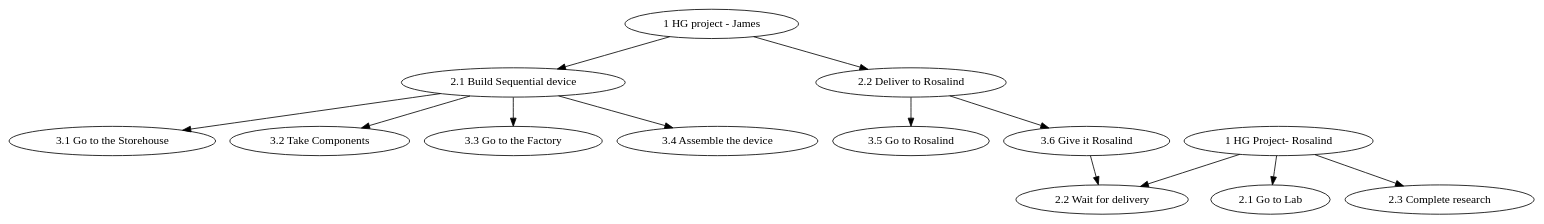
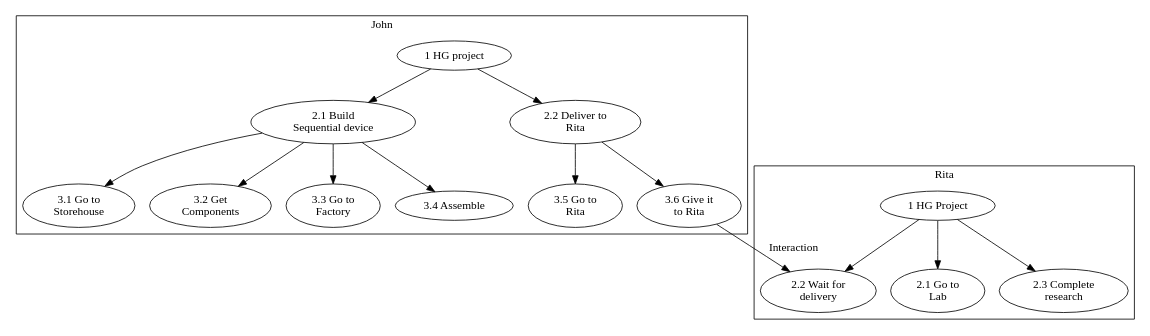
The diagram in src/articles/gameplay.md (Eliah-Lakhin/lufo-website), drawn with Graphviz before and after one commit. The commit also changed other lines of this file and 8 other files, not shown here.

````diff
--- a/src/articles/gameplay.md
+++ b/src/articles/gameplay.md
@@ -31,33 +40,42 @@
 ```dot
-digraph JamesRosalind {
-  J1[label="1 HG project - James"];
-  J21[label="2.1 Build Sequential device"];
-  J22[label="2.2 Deliver to Rosalind"];
-  J31[label="3.1 Go to the Storehouse"];
-  J32[label="3.2 Take Components"];
-  J33[label="3.3 Go to the Factory"];
-  J34[label="3.4 Assemble the device"];
-  J35[label="3.5 Go to Rosalind"];
-  J36[label="3.6 Give it Rosalind"];
+digraph MaryPierre {
+
+  subgraph clusterJohn {
+    label="John"
+
+    J1[label="1 HG project"];
+    J21[label="2.1 Build\nSequential device"];
+    J22[label="2.2 Deliver to\nRita"];
+    J31[label="3.1 Go to\nStorehouse"];
+    J32[label="3.2 Get\nComponents"];
+    J33[label="3.3 Go to\nFactory"];
+    J34[label="3.4 Assemble"];
+    J35[label="3.5 Go to\nRita"];
+    J36[label="3.6 Give it\nto Rita"];
+  }
 
   J1 -> J21;
   J1 -> J22;
   J21 -> J31;
   J21 -> J32;
   J21 -> J33;
   J21 -> J34;
   J22 -> J35;
   J22 -> J36;
 
-  R1[label="1 HG Project- Rosalind"];
-  R21[label="2.1 Go to Lab"];
-  R22[label="2.2 Wait for delivery"];
-  R23[label="2.3 Complete research"];
+  subgraph clusterRita {
+    label="Rita"
+
+    R1[label="1 HG Project"];
+    R21[label="2.1 Go to\nLab"];
+    R22[label="2.2 Wait for\ndelivery"];
+    R23[label="2.3 Complete\nresearch"];
+  }
 
   R1 -> R21;
   R1 -> R22;
   R1 -> R23;
 
-  J36 -> R22;
+  J36 -> R22[label="Interaction"];
 }
 ```
````
